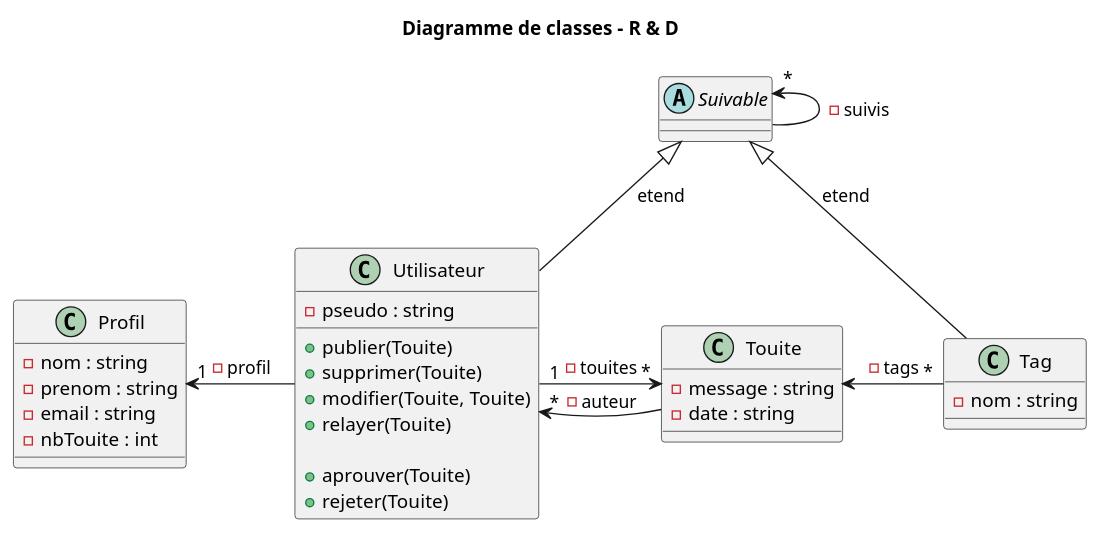
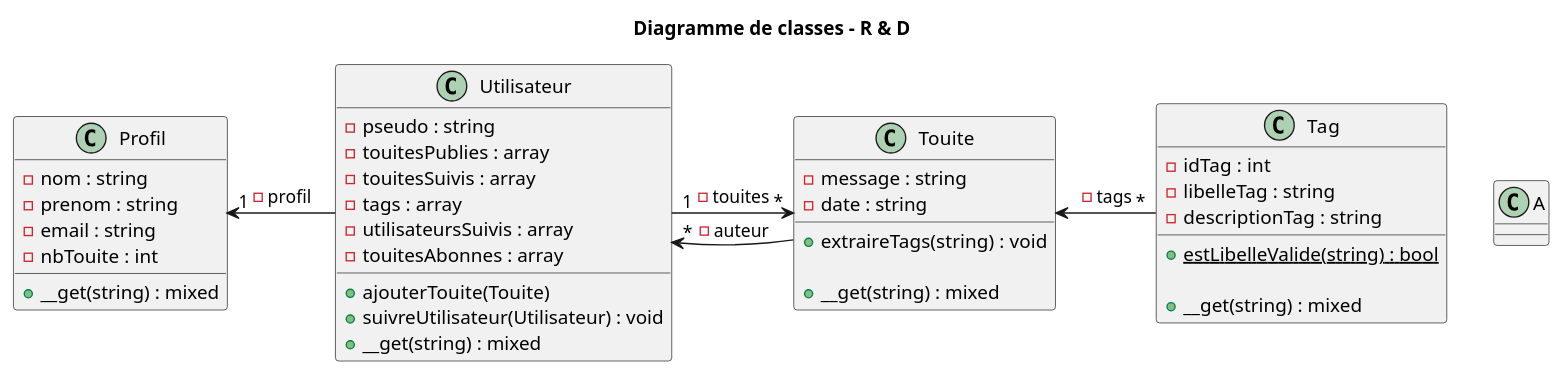
The diagram in doc/diag-classe.puml (pierre-gallois/touiteur-app), drawn with PlantUML before and after one commit.

Commit message:
update avec l'avancement actuel

```diff
--- a/doc/diag-classe.puml
+++ b/doc/diag-classe.puml
@@ -1,54 +1,71 @@
 @startuml
 
 title "Diagramme de classes - R & D"
 
 
 class Touite {
     - message : string
     - date : string
+    + extraireTags(string) : void
+
+    + __get(string) : mixed
 }
 
 class Utilisateur {
     - pseudo : string
+    - touitesPublies : array
+    - touitesSuivis : array
+    - tags : array
+    - utilisateursSuivis : array
+    - touitesAbonnes : array
 
 '    Publication de touites
-    + publier(Touite)
-    + supprimer(Touite)
-    + modifier(Touite, Touite)
-    + relayer(Touite)
+'    + publier(Touite)
+    + ajouterTouite(Touite)
+'    + supprimer(Touite)
+'    + modifier(Touite, Touite)
+'    + relayer(Touite)
 
 '    Evaluation de touite (like / dislike) :
-    + aprouver(Touite)
-    + rejeter(Touite)
+'    + aprouver(Touite)
+'    + rejeter(Touite)
+
+'   Social
+    + suivreUtilisateur(Utilisateur) : void
+'    + suivreTag(Tag)
+    + __get(string) : mixed
 }
 
 class Profil {
     - nom : string
     - prenom : string
     - email : string
     - nbTouite : int
+
+    + __get(string) : mixed
 }
 
 class Tag {
-    - nom : string
+    - idTag : int
+    - libelleTag : string
+    - descriptionTag : string
+    + {static} estLibelleValide(string) : bool
+
+    + __get(string) : mixed
 }
 
 Utilisateur "1" -> "*" Touite      : - touites
 Touite      " " <- "*" Tag         : - tags
 Utilisateur "*" <- " " Touite      : - auteur
 Profil "1" <- " "Utilisateur       : - profil
 
 ' ↓ ↓ ↓ ↓ [R&D] ↓ ↓ ↓ ↓
-' J'ai pensé au patron Observateur/Observé
-' Mais je ne sais pas finalement
-abstract class Suivable {
+'abstract class Suivable {}
+'Suivable "*" <- Suivable : - suivis
+'Suivable <|-- Tag : etend
+'Suivable <|-- Utilisateur: etend
 
-}
-Suivable "*" <- Suivable : - suivis
-Suivable <|-- Tag : etend
-Suivable <|-- Utilisateur: etend
-
-
+class A
 
 
 @enduml
```
